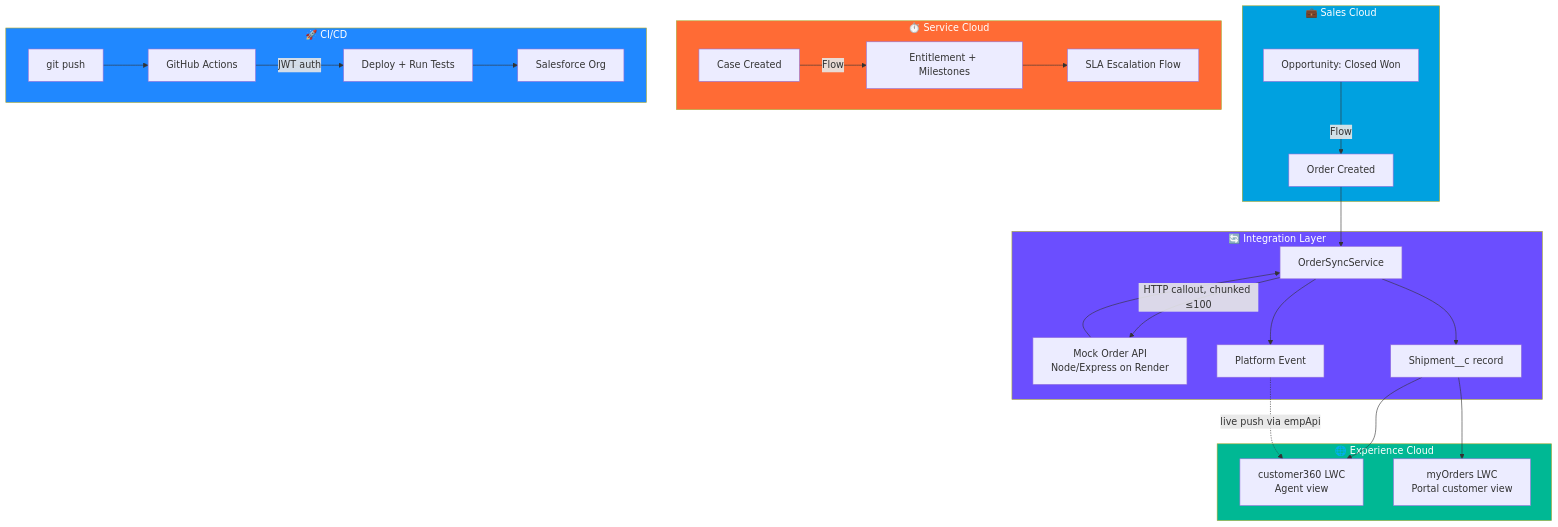
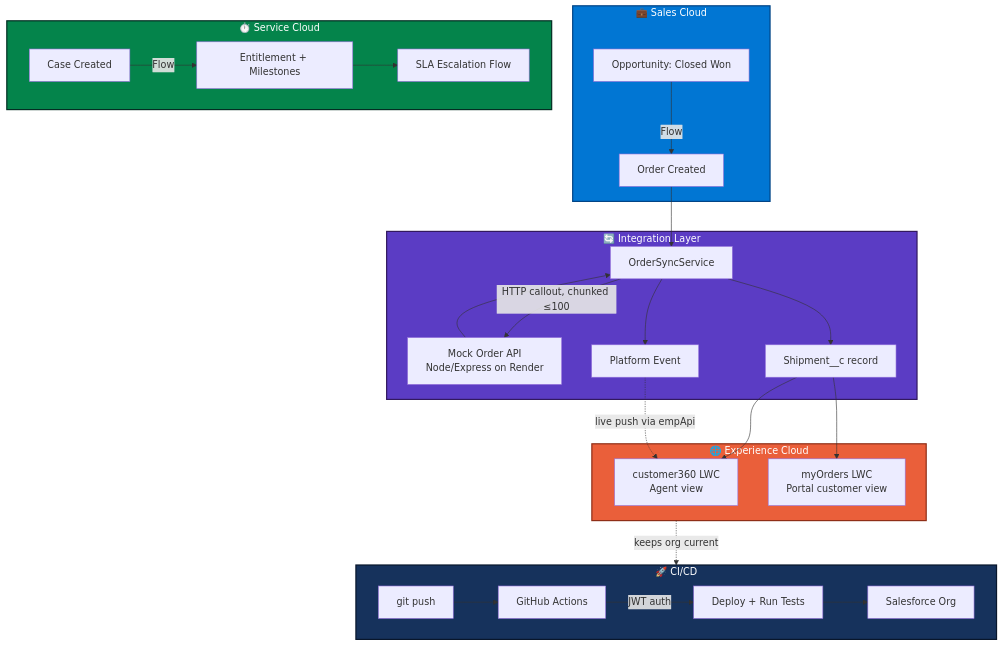
The first of 2 diagrams in README.md (saikrishnaalley/unified-customer-experience-platform), drawn with Mermaid before and after one commit.

Commit message:
Recolor architecture diagram with cohesive palette, fix CI/CD flow connection

````diff
--- a/README.md
+++ b/README.md
@@ -43,37 +43,39 @@
 ```mermaid
 flowchart TB
     subgraph Sales["💼 Sales Cloud"]
         A[Opportunity: Closed Won] -->|Flow| B[Order Created]
     end
 
     subgraph Service["⏱️ Service Cloud"]
         C[Case Created] -->|Flow| D[Entitlement + Milestones]
         D --> E[SLA Escalation Flow]
     end
 
     subgraph Integration["🔄 Integration Layer"]
         B --> F[OrderSyncService]
         F -->|HTTP callout, chunked ≤100| G[Mock Order API<br/>Node/Express on Render]
         G --> F
         F --> H[Shipment__c record]
         F --> I[Platform Event]
     end
 
     subgraph Experience["🌐 Experience Cloud"]
         H --> J[customer360 LWC<br/>Agent view]
         H --> K[myOrders LWC<br/>Portal customer view]
         I -.->|live push via empApi| J
     end
 
     subgraph CICD["🚀 CI/CD"]
         L[git push] --> M[GitHub Actions]
         M -->|JWT auth| N[Deploy + Run Tests]
         N --> O[Salesforce Org]
     end
 
-    style Sales fill:#00A1E0,color:#fff
-    style Service fill:#FF6B35,color:#fff
-    style Integration fill:#6B4EFF,color:#fff
-    style Experience fill:#00B894,color:#fff
-    style CICD fill:#2088FF,color:#fff
+    Experience -.->|keeps org current| CICD
+
+    style Sales fill:#0176D3,color:#fff,stroke:#014486,stroke-width:2px
+    style Service fill:#04844B,color:#fff,stroke:#032D22,stroke-width:2px
+    style Integration fill:#5B3CC4,color:#fff,stroke:#32195E,stroke-width:2px
+    style Experience fill:#EA5F3A,color:#fff,stroke:#8F2E17,stroke-width:2px
+    style CICD fill:#16325C,color:#fff,stroke:#08162B,stroke-width:2px
 ```
````
